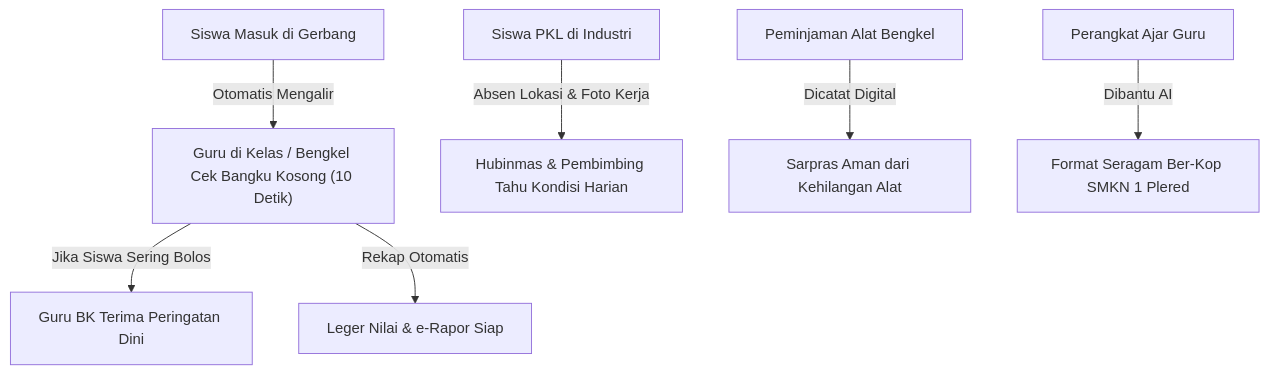
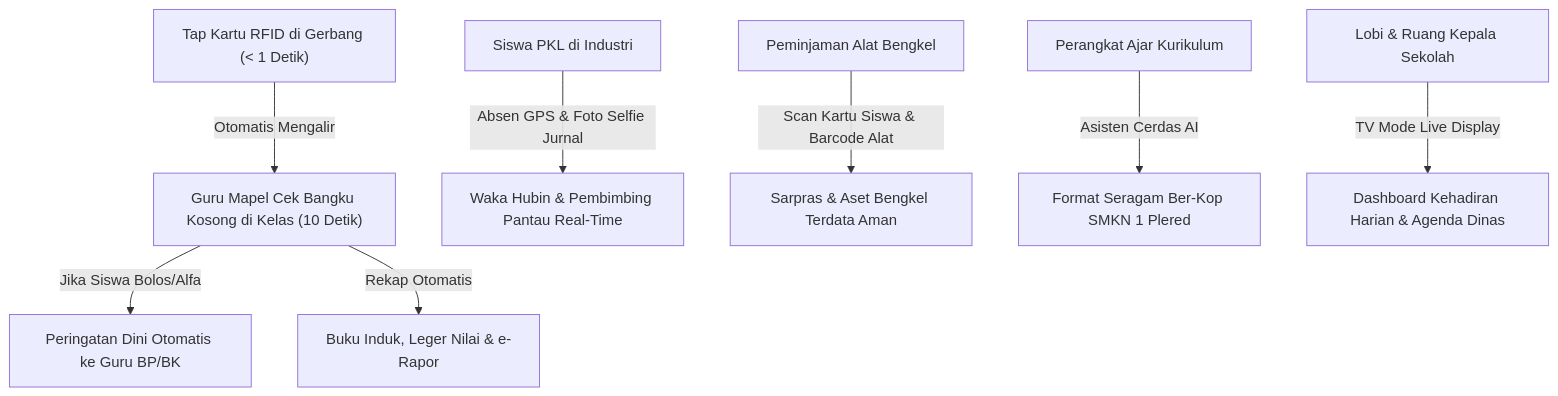
Before and after one commit to sharemovie1993/Project-Absenta: the diagram in docs/PROPOSAL_PENGAJUAN_PLATFORM_ABSENTA.md, drawn with Mermaid. The commit also changed other lines of this file and 48 other files, not shown here.

````diff
--- a/docs/PROPOSAL_PENGAJUAN_PLATFORM_ABSENTA.md
+++ b/docs/PROPOSAL_PENGAJUAN_PLATFORM_ABSENTA.md
@@ -171,12 +105,14 @@
 ```mermaid
 flowchart TD
-    A["Siswa Masuk di Gerbang"] -->|Otomatis Mengalir| B["Guru di Kelas / Bengkel Cek Bangku Kosong (10 Detik)"]
-    B -->|Jika Siswa Sering Bolos| C["Guru BK Terima Peringatan Dini"]
-    B -->|Rekap Otomatis| D["Leger Nilai & e-Rapor Siap"]
+    A["Tap Kartu RFID di Gerbang (< 1 Detik)"] -->|Otomatis Mengalir| B["Guru Mapel Cek Bangku Kosong di Kelas (10 Detik)"]
+    B -->|Jika Siswa Bolos/Alfa| C["Peringatan Dini Otomatis ke Guru BP/BK"]
+    B -->|Rekap Otomatis| D["Buku Induk, Leger Nilai & e-Rapor"]
     
-    E["Siswa PKL di Industri"] -->|Absen Lokasi & Foto Kerja| F["Hubinmas & Pembimbing Tahu Kondisi Harian"]
+    E["Siswa PKL di Industri"] -->|Absen GPS & Foto Selfie Jurnal| F["Waka Hubin & Pembimbing Pantau Real-Time"]
     
-    G["Peminjaman Alat Bengkel"] -->|Dicatat Digital| H["Sarpras Aman dari Kehilangan Alat"]
+    G["Peminjaman Alat Bengkel"] -->|Scan Kartu Siswa & Barcode Alat| H["Sarpras & Aset Bengkel Terdata Aman"]
     
-    I["Perangkat Ajar Guru"] -->|Dibantu AI| J["Format Seragam Ber-Kop SMKN 1 Plered"]
+    I["Perangkat Ajar Kurikulum"] -->|Asisten Cerdas AI| J["Format Seragam Ber-Kop SMKN 1 Plered"]
+    
+    K["Lobi & Ruang Kepala Sekolah"] -->|TV Mode Live Display| L["Dashboard Kehadiran Harian & Agenda Dinas"]
 ```
````
